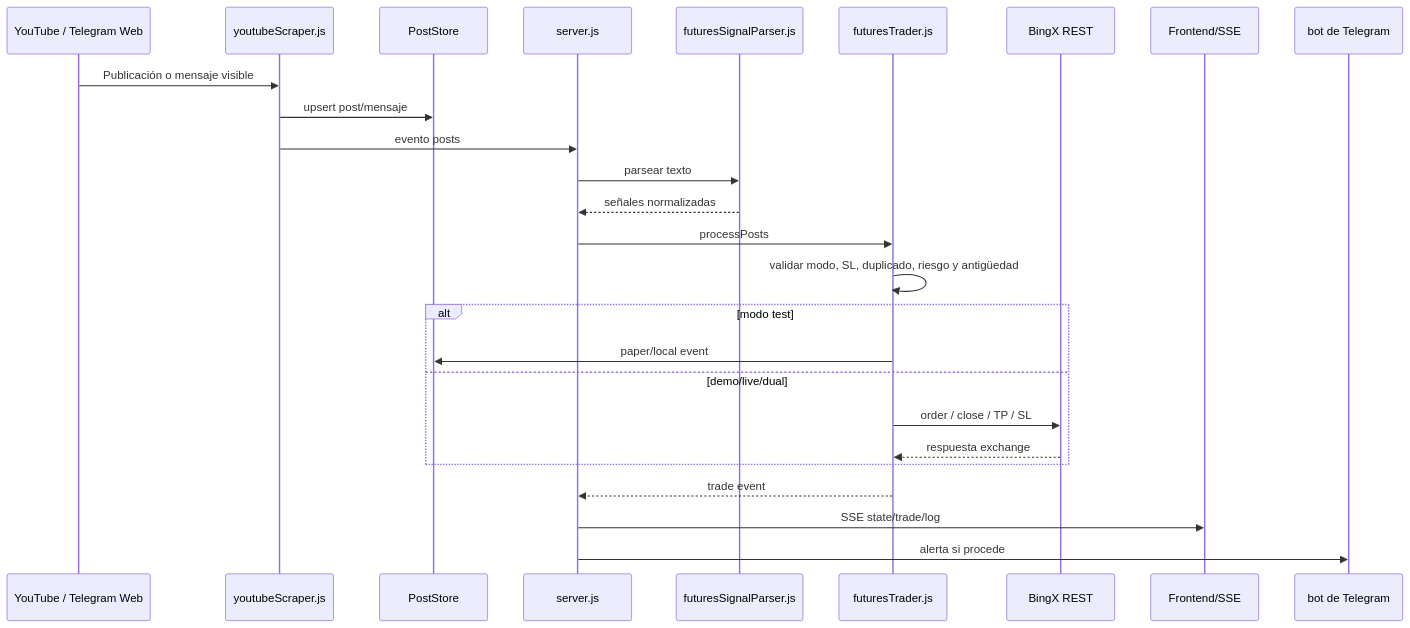
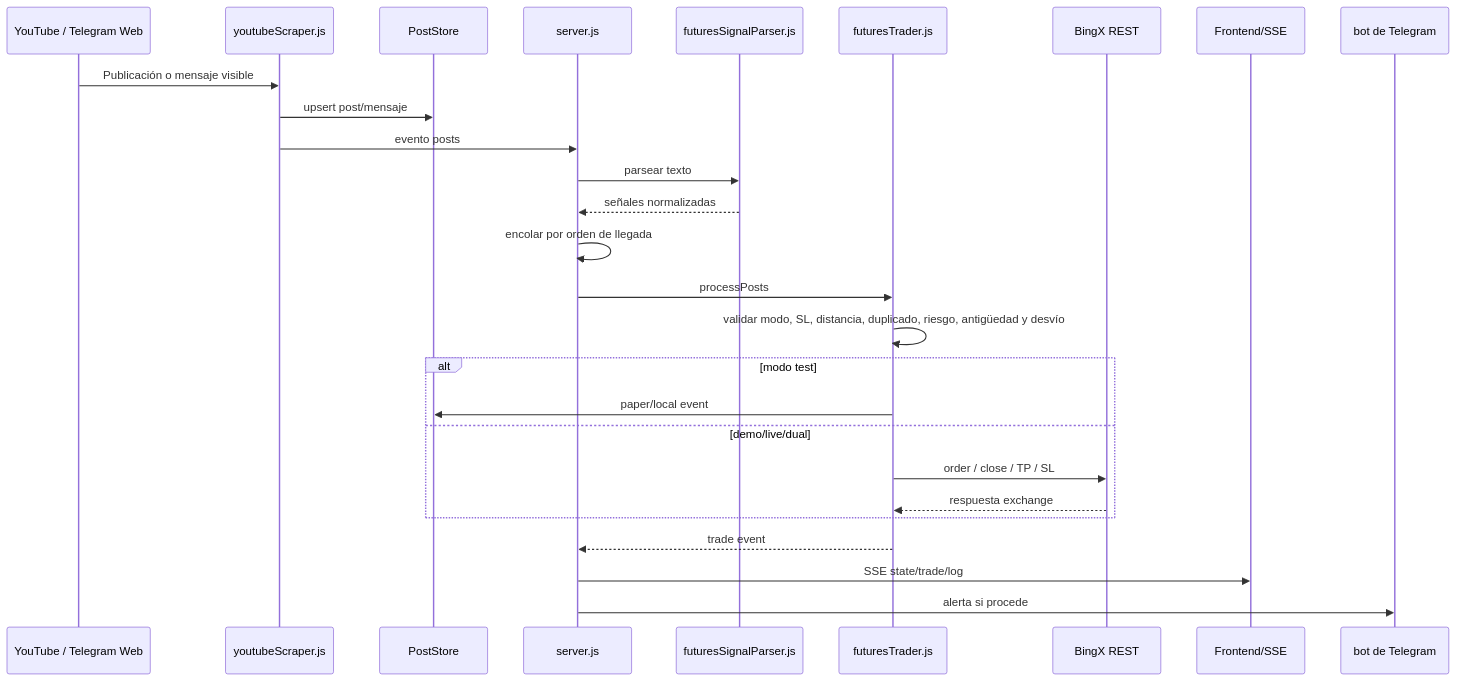
Before and after one commit to JotaTerrasa/yt-members-signal-trader: the second of 3 diagrams in docs/ARCHITECTURE.md, drawn with Mermaid. The commit also changed other lines of this file and 19 other files, not shown here.

````diff
--- a/docs/ARCHITECTURE.md
+++ b/docs/ARCHITECTURE.md
@@ -49,29 +52,30 @@
 ```mermaid
 sequenceDiagram
   participant Source as YouTube / Telegram Web
   participant Scraper as youtubeScraper.js
   participant Store as PostStore
   participant Server as server.js
   participant Parser as futuresSignalParser.js
   participant Trader as futuresTrader.js
   participant BingX as BingX REST
   participant UI as Frontend/SSE
   participant Bot as bot de Telegram
 
   Source->>Scraper: Publicación o mensaje visible
   Scraper->>Store: upsert post/mensaje
   Scraper->>Server: evento posts
   Server->>Parser: parsear texto
   Parser-->>Server: señales normalizadas
+  Server->>Server: encolar por orden de llegada
   Server->>Trader: processPosts
-  Trader->>Trader: validar modo, SL, duplicado, riesgo y antigüedad
+  Trader->>Trader: validar modo, SL, distancia, duplicado, riesgo, antigüedad y desvío
   alt modo test
     Trader->>Store: paper/local event
   else demo/live/dual
     Trader->>BingX: order / close / TP / SL
     BingX-->>Trader: respuesta exchange
   end
   Trader-->>Server: trade event
   Server->>UI: SSE state/trade/log
   Server->>Bot: alerta si procede
 ```
````
